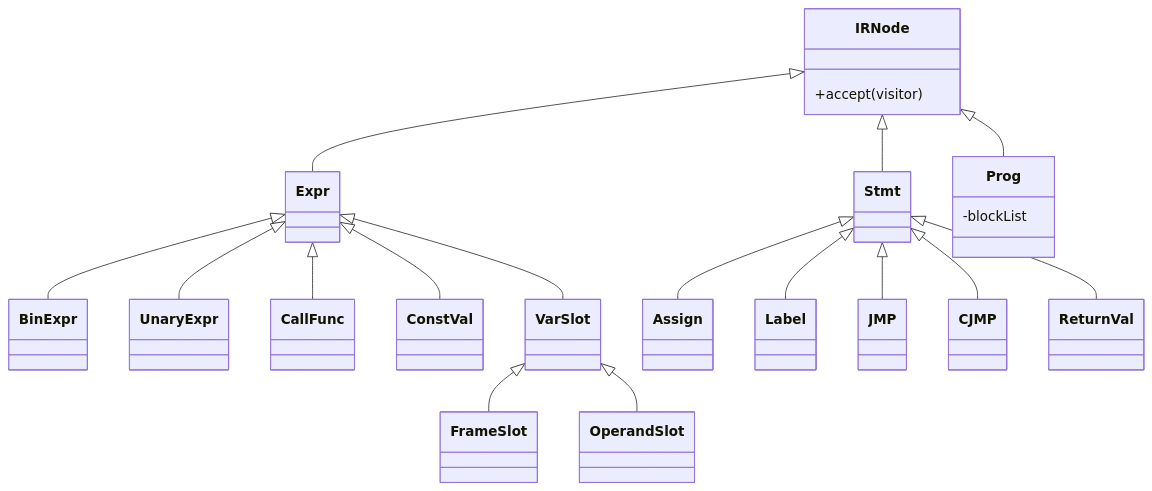
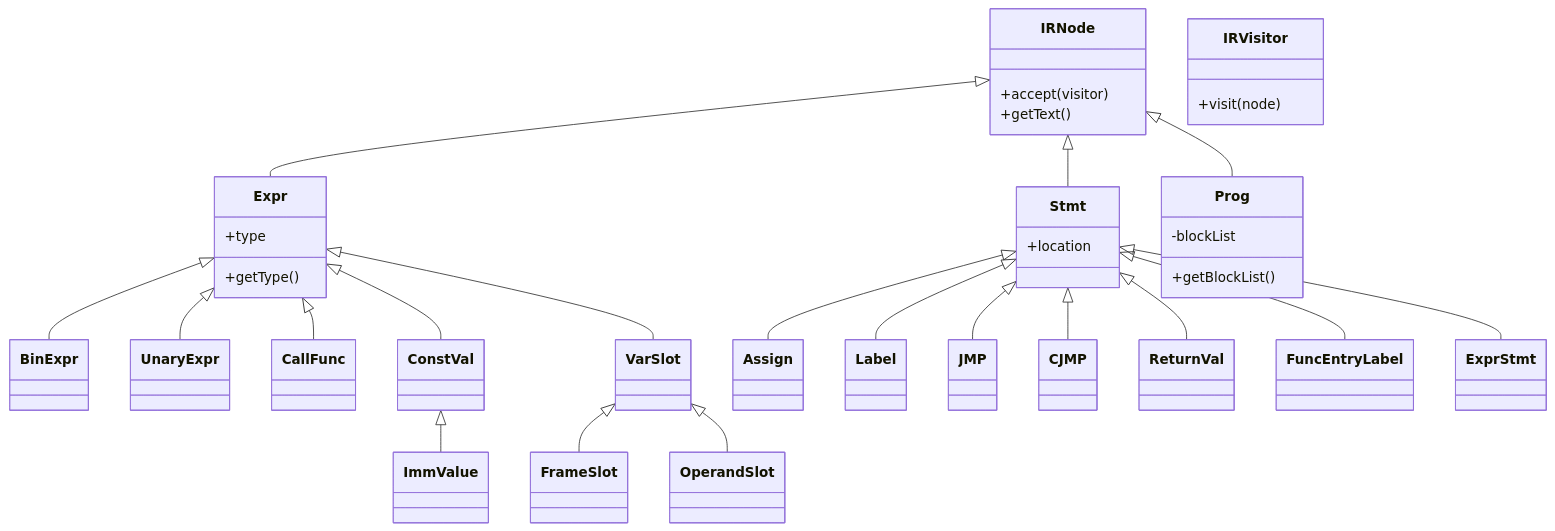
One commit to whtoo/How_to_implment_PL_in_Antlr4 changed the third of 8 diagrams in ep20/docs/project-architecture.md. Above: the diagram before and after it, drawn with Mermaid. The commit also changed other lines of this file and 11 other files, not shown here.

First line of the commit message:
docs(README): 更新项目文档和架构图

````diff
--- a/ep20/docs/project-architecture.md
+++ b/ep20/docs/project-architecture.md
@@ -141,35 +215,48 @@
 ```mermaid
 classDiagram
     class IRNode {
         +accept(visitor)
+        +getText()
     }
     
     class Expr {
+        +type
+        +getType()
     }
     
     class Stmt {
+        +location
     }
     
     class Prog {
         -blockList
+        +getBlockList()
     }
     
     IRNode <|-- Expr
     IRNode <|-- Stmt
     IRNode <|-- Prog
     
     Expr <|-- BinExpr
     Expr <|-- UnaryExpr
     Expr <|-- CallFunc
     Expr <|-- ConstVal
     Expr <|-- VarSlot
     
     Stmt <|-- Assign
     Stmt <|-- Label
     Stmt <|-- JMP
     Stmt <|-- CJMP
     Stmt <|-- ReturnVal
+    Stmt <|-- FuncEntryLabel
+    Stmt <|-- ExprStmt
     
     VarSlot <|-- FrameSlot
     VarSlot <|-- OperandSlot
+    
+    ConstVal <|-- ImmValue
+    
+    class IRVisitor {
+        +visit(node)
+    }
 ```
````
